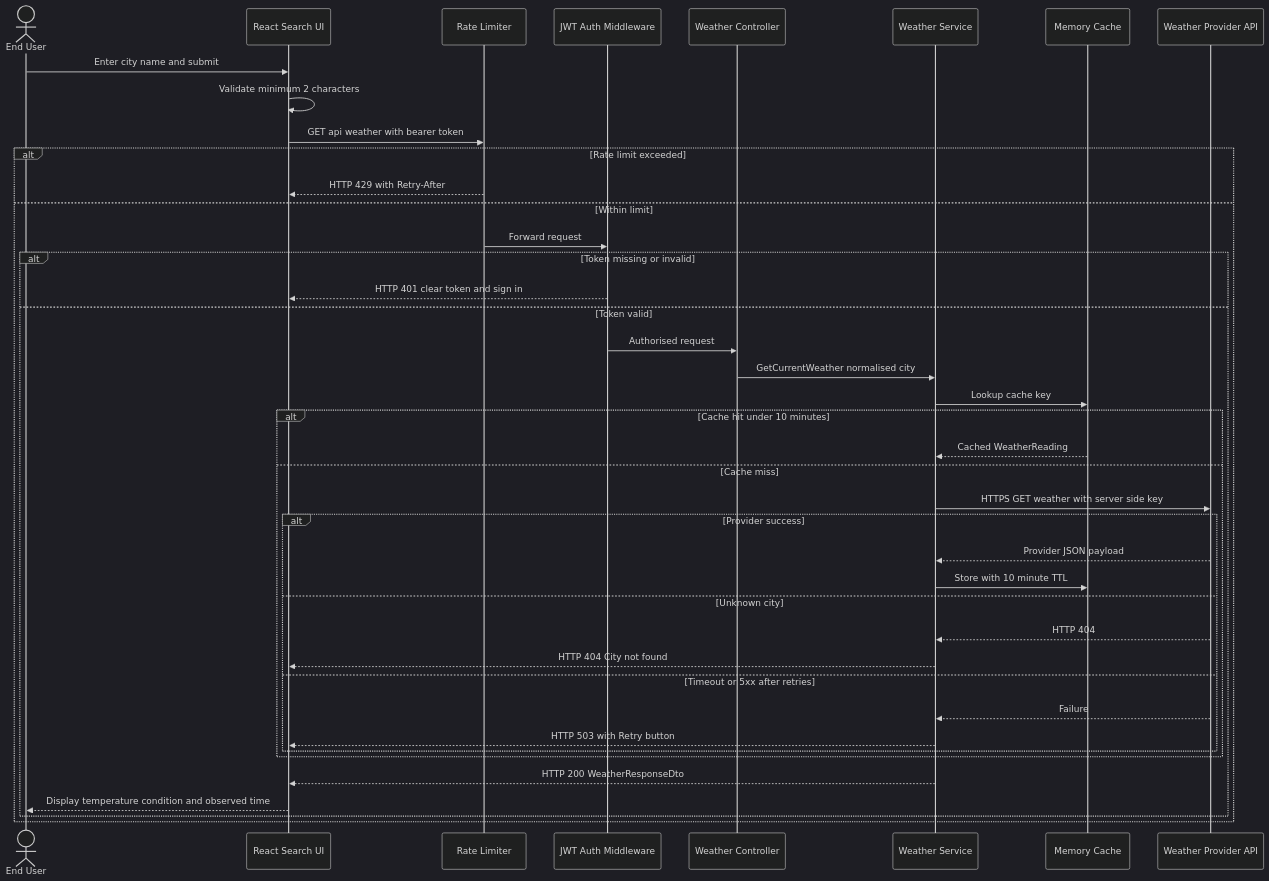
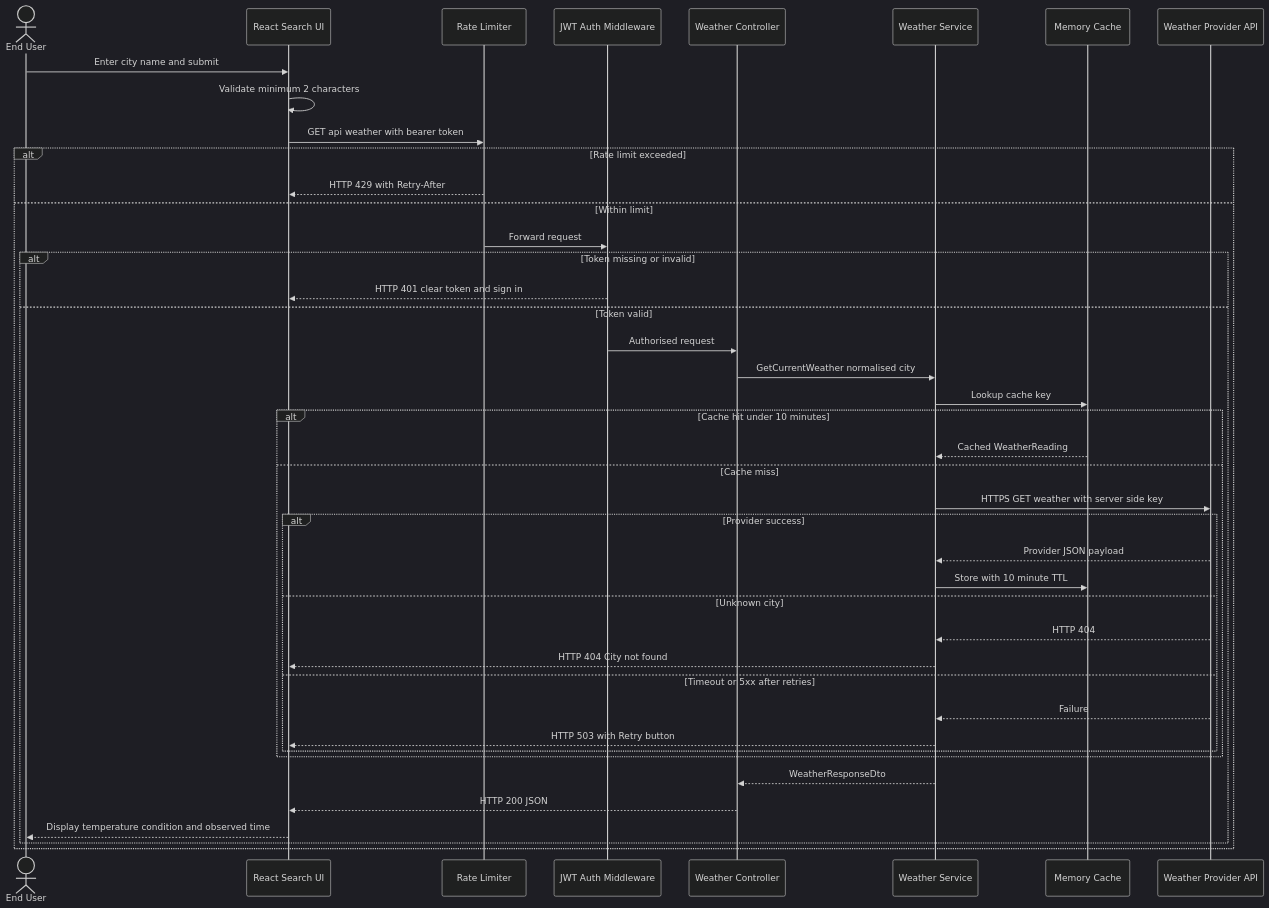
One commit to Mandeep-Kaur-Johar/sdlc-city-weather-lookup-application changed the second of 2 diagrams in docs/architecture/epic-2327/System-Design-Document-Part1-Sections-1-3.md. Above: the diagram before and after it, drawn with Mermaid (dark theme). The commit also changed other lines of this file, not shown here.

Commit message:
docs: Part 1 - replace PNG placeholders with inline Mermaid diagrams for Epic 2327

````diff
--- a/docs/architecture/epic-2327/System-Design-Document-Part1-Sections-1-3.md
+++ b/docs/architecture/epic-2327/System-Design-Document-Part1-Sections-1-3.md
@@ -111,44 +107,45 @@
 ```mermaid
 sequenceDiagram
     actor User as End User
     participant UI as React Search UI
     participant Limit as Rate Limiter
     participant Auth as JWT Auth Middleware
     participant Ctrl as Weather Controller
     participant Svc as Weather Service
     participant Cache as Memory Cache
     participant Ext as Weather Provider API
 
     User->>UI: Enter city name and submit
     UI->>UI: Validate minimum 2 characters
     UI->>Limit: GET api weather with bearer token
     alt Rate limit exceeded
         Limit-->>UI: HTTP 429 with Retry-After
     else Within limit
         Limit->>Auth: Forward request
         alt Token missing or invalid
             Auth-->>UI: HTTP 401 clear token and sign in
         else Token valid
             Auth->>Ctrl: Authorised request
             Ctrl->>Svc: GetCurrentWeather normalised city
             Svc->>Cache: Lookup cache key
             alt Cache hit under 10 minutes
                 Cache-->>Svc: Cached WeatherReading
             else Cache miss
                 Svc->>Ext: HTTPS GET weather with server side key
                 alt Provider success
                     Ext-->>Svc: Provider JSON payload
                     Svc->>Cache: Store with 10 minute TTL
                 else Unknown city
                     Ext-->>Svc: HTTP 404
                     Svc-->>UI: HTTP 404 City not found
                 else Timeout or 5xx after retries
                     Ext-->>Svc: Failure
                     Svc-->>UI: HTTP 503 with Retry button
                 end
             end
-            Svc-->>UI: HTTP 200 WeatherResponseDto
+            Svc-->>Ctrl: WeatherResponseDto
+            Ctrl-->>UI: HTTP 200 JSON
             UI-->>User: Display temperature condition and observed time
         end
     end
 ```
````
